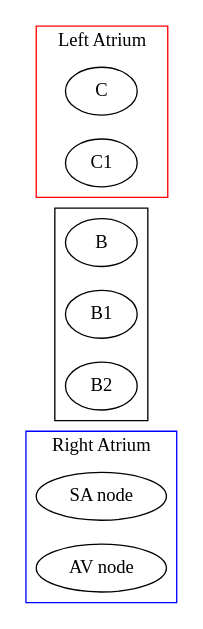
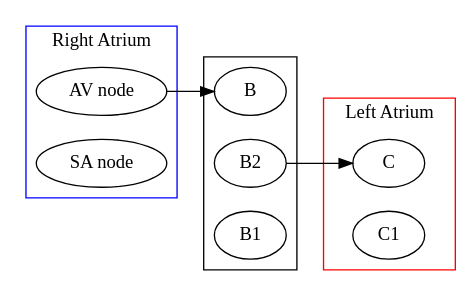
One commit to meirisoda/school_spring2024 changed the second of 2 diagrams in NURS380_Practicum/Topics/EKG/EKG and Rhythms.md. Above: the diagram before and after it, drawn with Graphviz.

Commit message:
vault backup: 2024-02-19 17:54:57

````diff
--- a/NURS380_Practicum/Topics/EKG/EKG and Rhythms.md
+++ b/NURS380_Practicum/Topics/EKG/EKG and Rhythms.md
@@ -209,38 +209,39 @@
 ```dot
 digraph g{
 	rankdir = LR;
 	node [shape = ellipse]
 	
-
+	A1->B
+	B2->C
 
 	subgraph cluster0{
 		shape=rect;
 		rank=same;
 		color=blue;
 		label="Right Atrium";
 		
 		A [label="SA node"];
 		A1 [label="AV node"];
 		
 		
 	}
 	
 	subgraph cluster1{
 		shape = rect;
 		rank=same;
 		B;
 		B1;
 		B2;
 	}
 
 	subgraph cluster2 {
 		shape=rect;
 		rank=same;
 		color=red;
 		label="Left Atrium";
 		
 		C;
 		C1;
 	}
 }
 ```
````
